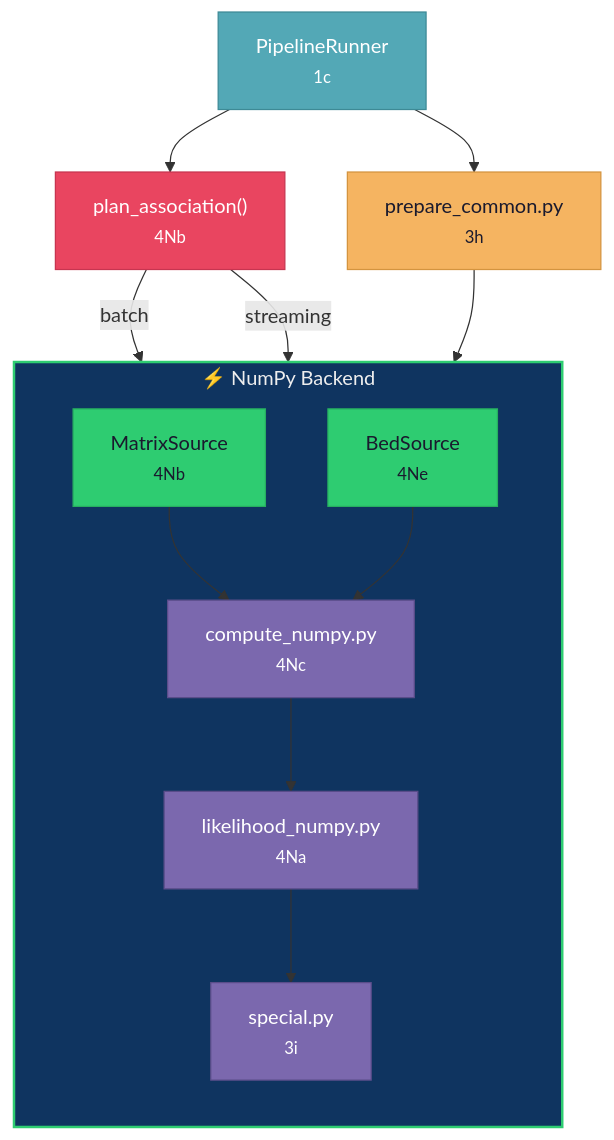
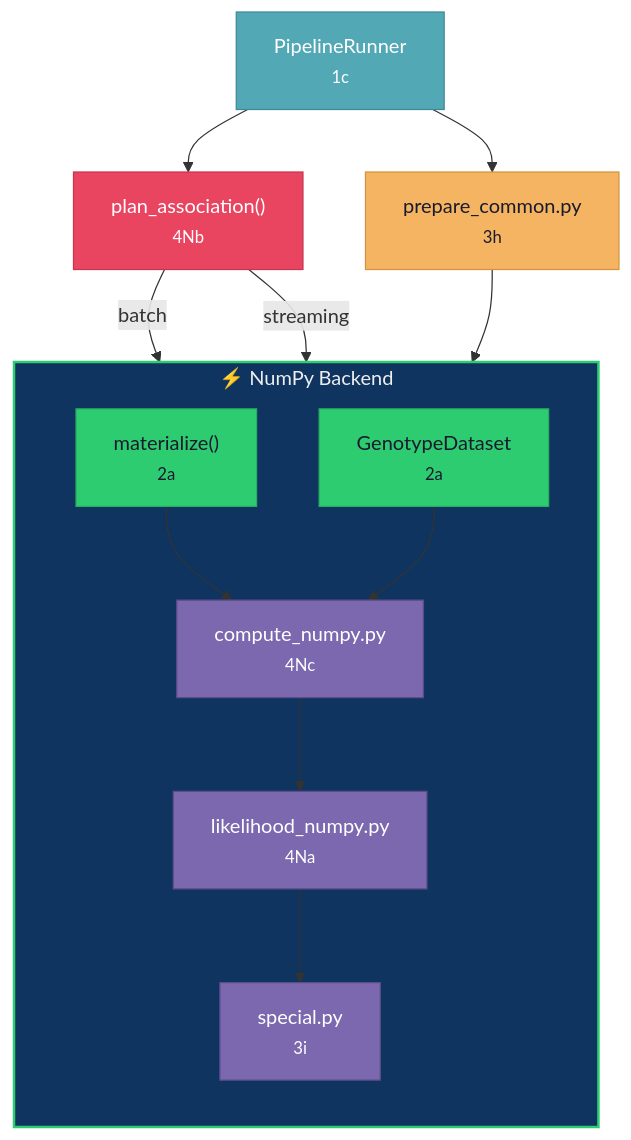
One commit to michael-denyer/jamma changed the fifth of 5 diagrams in docs/CODEMAP.md. Above: the diagram before and after it, drawn with Mermaid. The commit also changed other lines of this file and 55 other files, not shown here.

First line of the commit message:
refactor: prepare LMM genotypes from GenotypeDataset and drop the PLINK stream API (#460)

````diff
--- a/docs/CODEMAP.md
+++ b/docs/CODEMAP.md
@@ -510,35 +505,35 @@
 ```mermaid
 flowchart TD
     PIPE["PipelineRunner<br/><small>1c</small>"]
     SEL["plan_association()<br/><small>4Nb</small>"]
     PREP["prepare_common.py<br/><small>3h</small>"]
 
     subgraph NP["⚡ NumPy Backend"]
         direction TB
-        BATCH["MatrixSource<br/><small>4Nb</small>"]
-        STREAM["BedSource<br/><small>4Ne</small>"]
+        BATCH["materialize()<br/><small>2a</small>"]
+        STREAM["GenotypeDataset<br/><small>2a</small>"]
         CN["compute_numpy.py<br/><small>4Nc</small>"]
         LN["likelihood_numpy.py<br/><small>4Na</small>"]
         SP["special.py<br/><small>3i</small>"]
     end
 
     PIPE --> SEL
     SEL -->|batch| BATCH
     SEL -->|streaming| STREAM
     PIPE --> PREP
     PREP --> NP
     BATCH --> CN --> LN
     STREAM --> CN
     LN --> SP
 
     style NP fill:#0f3460,stroke:#2ecc71,color:#eee,stroke-width:2px
 
     style PIPE fill:#53a8b6,stroke:#3d8a96,color:#fff
     style SEL fill:#e94560,stroke:#c73550,color:#fff
     style PREP fill:#f5b461,stroke:#d4943f,color:#1a1a2e
     style BATCH fill:#2ecc71,stroke:#27ae60,color:#1a1a2e
     style STREAM fill:#2ecc71,stroke:#27ae60,color:#1a1a2e
     style CN fill:#7b68ae,stroke:#5a4d8a,color:#fff
     style LN fill:#7b68ae,stroke:#5a4d8a,color:#fff
     style SP fill:#7b68ae,stroke:#5a4d8a,color:#fff
 ```
````
